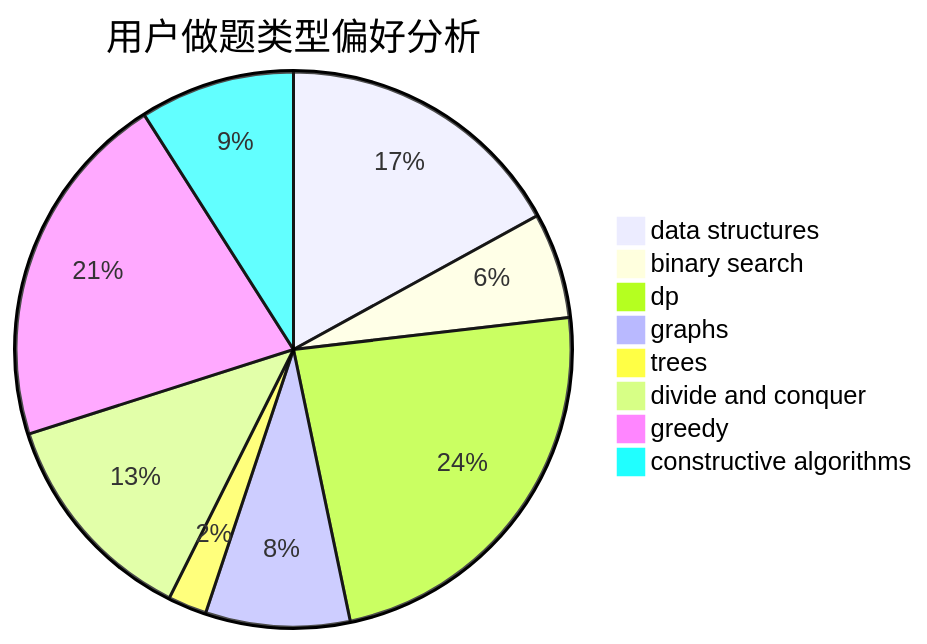
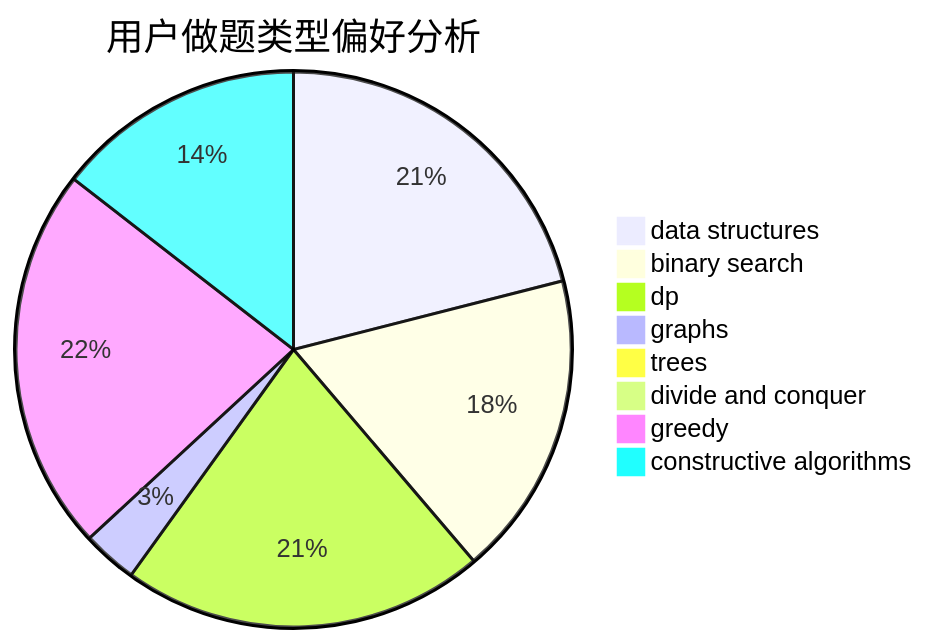
The second of 3 diagrams in docs/user/u1590.md (sherpahu/cfrs.github.io), drawn with Mermaid before and after one commit. The commit also changed other lines of this file and 2770 other files, not shown here.

````diff
--- a/docs/user/u1590.md
+++ b/docs/user/u1590.md
@@ -23,11 +23,11 @@
 ```mermaid
 pie title 用户做题类型偏好分析
-    "data structures" :  83
-    "binary search" :  30
-    "dp" :  115
-    "graphs" :  41
-    "trees" :  11
-    "divide and conquer" :  62
-    "greedy" :  102
-    "constructive algorithms" :  44
+    "data structures" :  467
+    "binary search" :  394
+    "dp" :  470
+    "graphs" :  71
+    "trees" :  0
+    "divide and conquer" :  0
+    "greedy" :  497
+    "constructive algorithms" :  322
 ```
````
